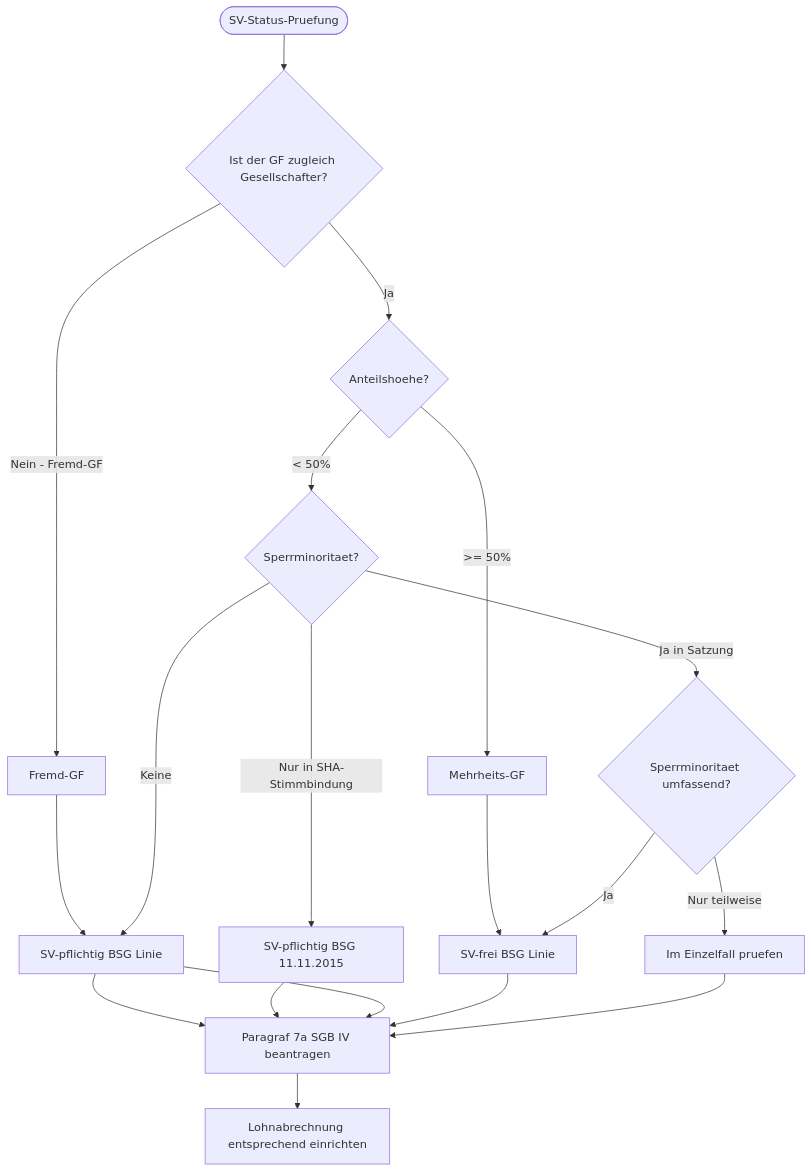
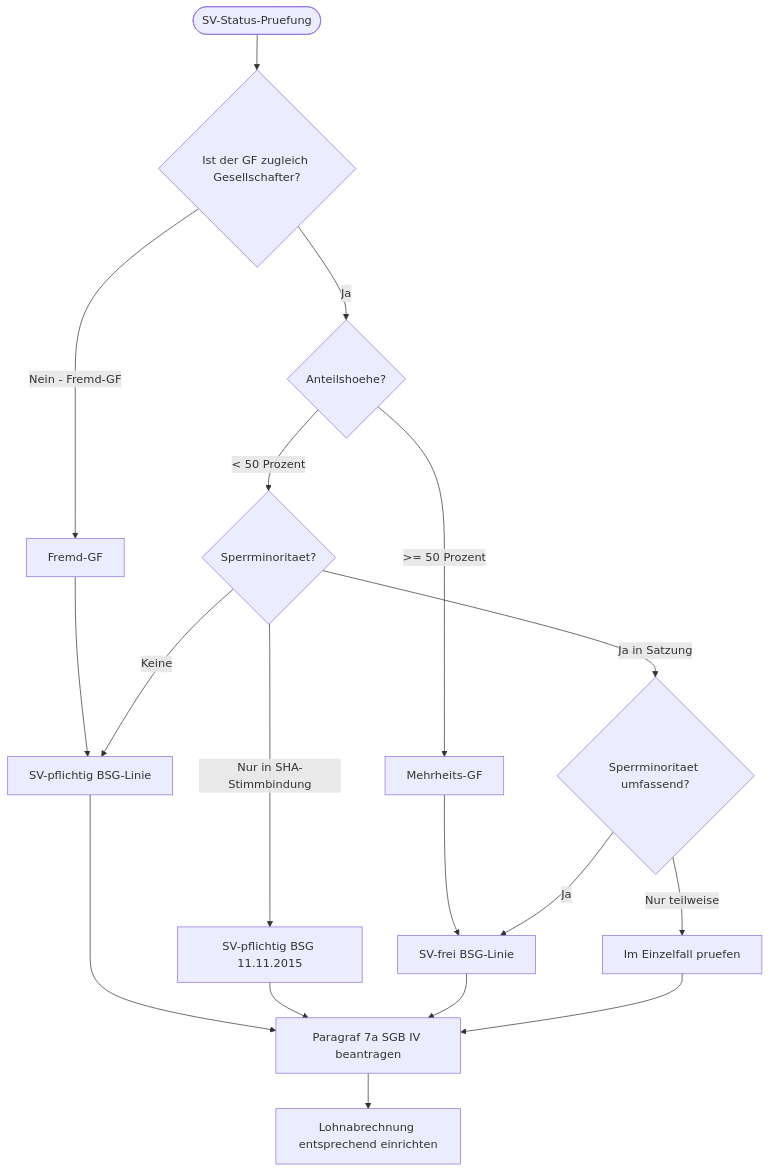
One commit to ogreiner76/claude-fuer-deutsches-recht changed the third of 4 diagrams in gesellschaftsgruender/skills/gesellschaftsgruender-intake-decision-tree/SKILL.md. Above: the diagram before and after it, drawn with Mermaid. The commit also changed other lines of this file and 244 other files, not shown here.

````diff
--- a/gesellschaftsgruender/skills/gesellschaftsgruender-intake-decision-tree/SKILL.md
+++ b/gesellschaftsgruender/skills/gesellschaftsgruender-intake-decision-tree/SKILL.md
@@ -108,28 +164,27 @@
 ```mermaid
 flowchart TD
     Start([SV-Status-Pruefung]) --> Q1{Ist der GF zugleich Gesellschafter?}
     Q1 -->|Nein - Fremd-GF| Fremd[Fremd-GF]
     Q1 -->|Ja| Q2{Anteilshoehe?}
 
-    Fremd --> SV_pflichtig[SV-pflichtig BSG Linie]
+    Fremd --> SV_pflichtig[SV-pflichtig BSG-Linie]
 
-    Q2 -->|>= 50%| Mehrheit[Mehrheits-GF]
-    Q2 -->|< 50%| Q3{Sperrminoritaet?}
+    Q2 -->|>= 50 Prozent| Mehrheit[Mehrheits-GF]
+    Q2 -->|< 50 Prozent| Q3{Sperrminoritaet?}
 
-    Mehrheit --> SV_frei[SV-frei BSG Linie]
+    Mehrheit --> SV_frei[SV-frei BSG-Linie]
 
     Q3 -->|Ja in Satzung| Q4{Sperrminoritaet umfassend?}
     Q3 -->|Nur in SHA-Stimmbindung| SV_pflichtig_SHA[SV-pflichtig BSG 11.11.2015]
     Q3 -->|Keine| SV_pflichtig
 
     Q4 -->|Ja| SV_frei
     Q4 -->|Nur teilweise| SV_pruefen[Im Einzelfall pruefen]
 
     SV_pflichtig --> Statusfeststellung[Paragraf 7a SGB IV beantragen]
     SV_pflichtig_SHA --> Statusfeststellung
-    SV_pflichtig --> Statusfeststellung
     SV_frei --> Statusfeststellung
     SV_pruefen --> Statusfeststellung
 
     Statusfeststellung --> Lohnabrechnung[Lohnabrechnung entsprechend einrichten]
 ```
````
